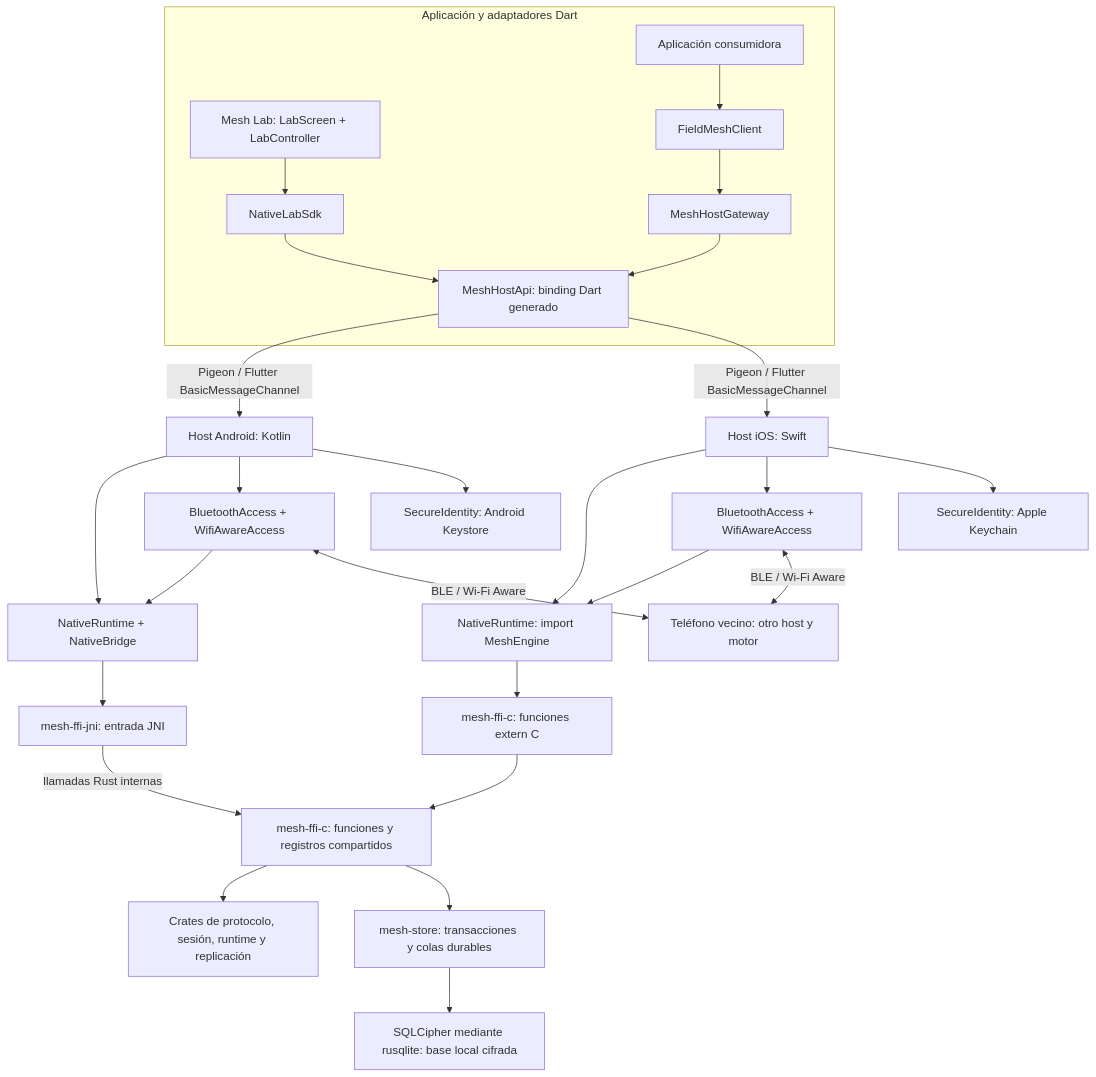
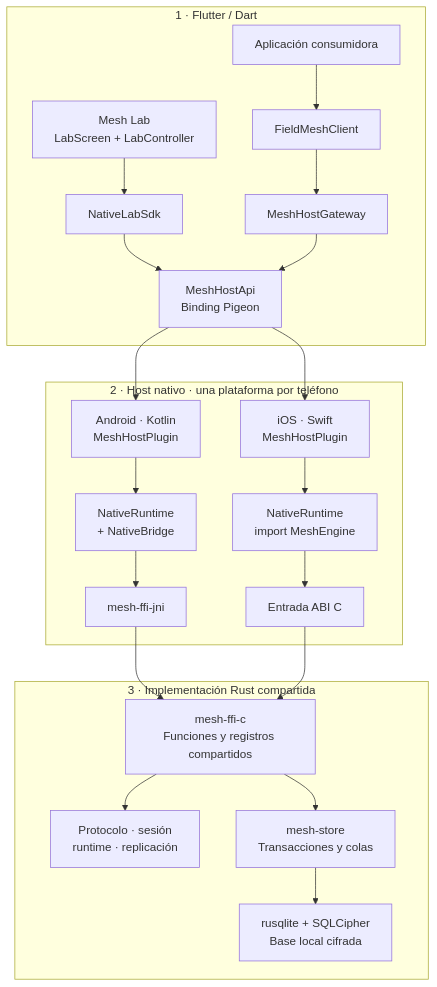
One commit to Frazko/Mesh-Lab changed the first of 3 diagrams in README.md. Above: the diagram before and after it, drawn with Mermaid. The commit also changed other lines of this file and 1 other file, not shown here.

Commit message:
docs: separate architecture views for readability

````diff
--- a/README.md
+++ b/README.md
@@ -72,33 +76,29 @@
 ```mermaid
-flowchart TD
-    subgraph DartLayer["Aplicación y adaptadores Dart"]
-        Lab["Mesh Lab: LabScreen + LabController"] --> LabAdapter["NativeLabSdk"]
+flowchart TB
+    subgraph DartLayer["1 · Flutter / Dart"]
+        Lab["Mesh Lab<br/>LabScreen + LabController"] --> LabAdapter["NativeLabSdk"]
         Product["Aplicación consumidora"] --> SDK["FieldMeshClient"]
         SDK --> Gateway["MeshHostGateway"]
-        LabAdapter --> API["MeshHostApi: binding Dart generado"]
+        LabAdapter --> API["MeshHostApi<br/>Binding Pigeon"]
         Gateway --> API
     end
 
-    API -->|"Pigeon / Flutter BasicMessageChannel"| Android["Host Android: Kotlin"]
-    API -->|"Pigeon / Flutter BasicMessageChannel"| Apple["Host iOS: Swift"]
+    subgraph NativeLayer["2 · Host nativo · una plataforma por teléfono"]
+        Android["Android · Kotlin<br/>MeshHostPlugin"] --> ABridge["NativeRuntime<br/>+ NativeBridge"]
+        ABridge --> JNI["mesh-ffi-jni"]
+        Apple["iOS · Swift<br/>MeshHostPlugin"] --> IBridge["NativeRuntime<br/>import MeshEngine"]
+        IBridge --> CABI["Entrada ABI C"]
+    end
 
-    Android --> ABridge["NativeRuntime + NativeBridge"]
-    ABridge --> JNI["mesh-ffi-jni: entrada JNI"]
-    Apple --> IBridge["NativeRuntime: import MeshEngine"]
-    IBridge --> CABI["mesh-ffi-c: funciones extern C"]
-    JNI -->|"llamadas Rust internas"| SharedFFI["mesh-ffi-c: funciones y registros compartidos"]
+    subgraph EngineLayer["3 · Implementación Rust compartida"]
+        SharedFFI["mesh-ffi-c<br/>Funciones y registros compartidos"]
+        SharedFFI --> Core["Protocolo · sesión<br/>runtime · replicación"]
+        SharedFFI --> Store["mesh-store<br/>Transacciones y colas"]
+        Store --> DB["rusqlite + SQLCipher<br/>Base local cifrada"]
+    end
+
+    API --> Android
+    API --> Apple
+    JNI --> SharedFFI
     CABI --> SharedFFI
-    SharedFFI --> Core["Crates de protocolo, sesión, runtime y replicación"]
-    SharedFFI --> Store["mesh-store: transacciones y colas durables"]
-    Store --> DB["SQLCipher mediante rusqlite: base local cifrada"]
-
-    Android --> ARadio["BluetoothAccess + WifiAwareAccess"]
-    Apple --> IRadio["BluetoothAccess + WifiAwareAccess"]
-    ARadio --> ABridge
-    IRadio --> IBridge
-    ARadio <-->|"BLE / Wi-Fi Aware"| Peer["Teléfono vecino: otro host y motor"]
-    IRadio <-->|"BLE / Wi-Fi Aware"| Peer
-
-    Android --> AKeys["SecureIdentity: Android Keystore"]
-    Apple --> IKeys["SecureIdentity: Apple Keychain"]
 ```
````
